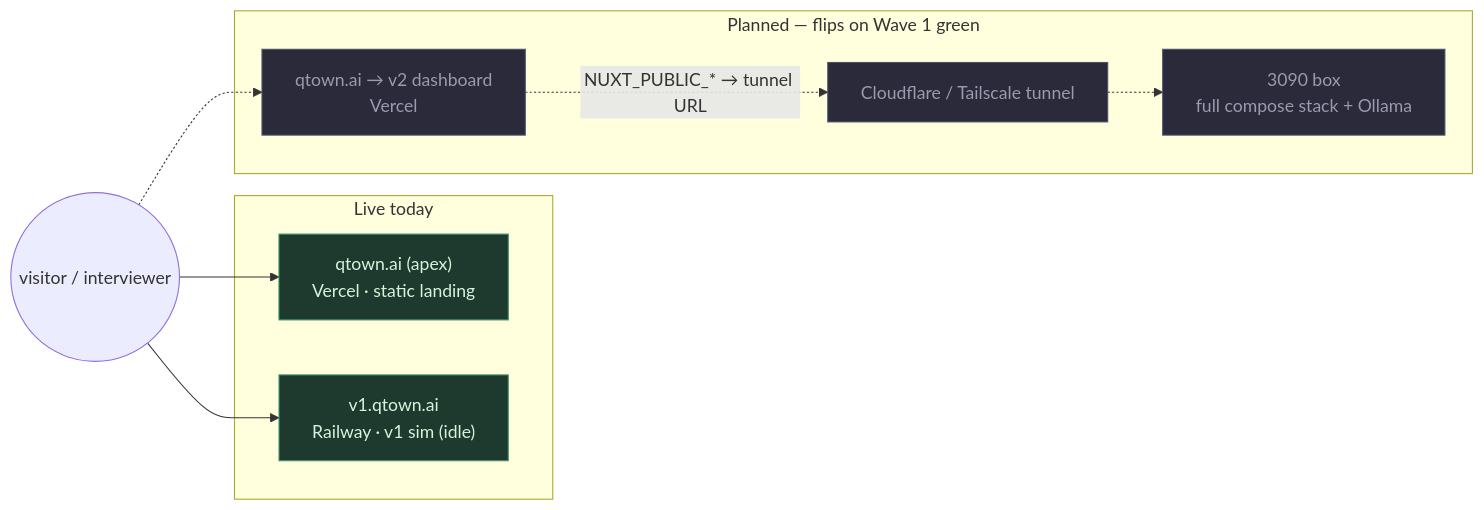
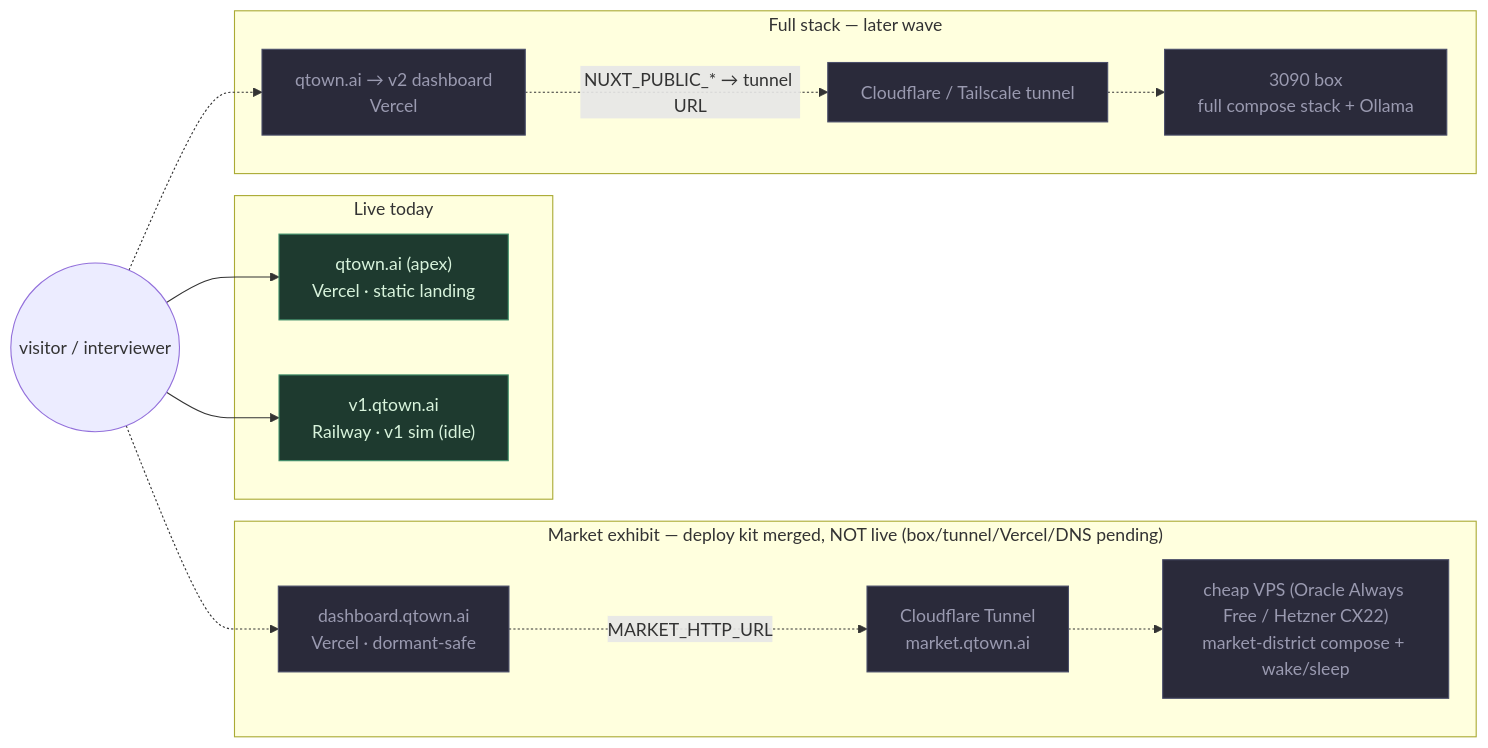
Before and after one commit to kbadinger/qtown: the second of 4 diagrams in docs/architecture.md, drawn with Mermaid. The commit also changed other lines of this file and 4 other files, not shown here.

````diff
--- a/docs/architecture.md
+++ b/docs/architecture.md
@@ -106,24 +112,33 @@
 ```mermaid
 flowchart LR
   classDef live    fill:#1e3a2f,stroke:#40916c,color:#d8f3dc;
   classDef planned fill:#2a2a3a,stroke:#4a4e69,color:#9a9ab0;
 
   user(("visitor / interviewer"))
 
   subgraph now[Live today]
     apex["qtown.ai (apex)<br/>Vercel · static landing"]:::live
     v1["v1.qtown.ai<br/>Railway · v1 sim (idle)"]:::live
   end
 
-  subgraph planned_[Planned — flips on Wave 1 green]
+  subgraph exhibit["Market exhibit — deploy kit merged, NOT live (box/tunnel/Vercel/DNS pending)"]
+    mdash["dashboard.qtown.ai<br/>Vercel · dormant-safe"]:::planned
+    mtunnel["Cloudflare Tunnel<br/>market.qtown.ai"]:::planned
+    mbox["cheap VPS (Oracle Always Free / Hetzner CX22)<br/>market-district compose + wake/sleep"]:::planned
+  end
+
+  subgraph planned_["Full stack — later wave"]
     vdash["qtown.ai → v2 dashboard<br/>Vercel"]:::planned
     tunnel["Cloudflare / Tailscale tunnel"]:::planned
     box["3090 box<br/>full compose stack + Ollama"]:::planned
   end
 
   user --> apex
   user --> v1
+  user -.-> mdash
+  mdash -.->|MARKET_HTTP_URL| mtunnel
+  mtunnel -.-> mbox
   user -.-> vdash
   vdash -.->|NUXT_PUBLIC_* → tunnel URL| tunnel
   tunnel -.-> box
 ```
````
